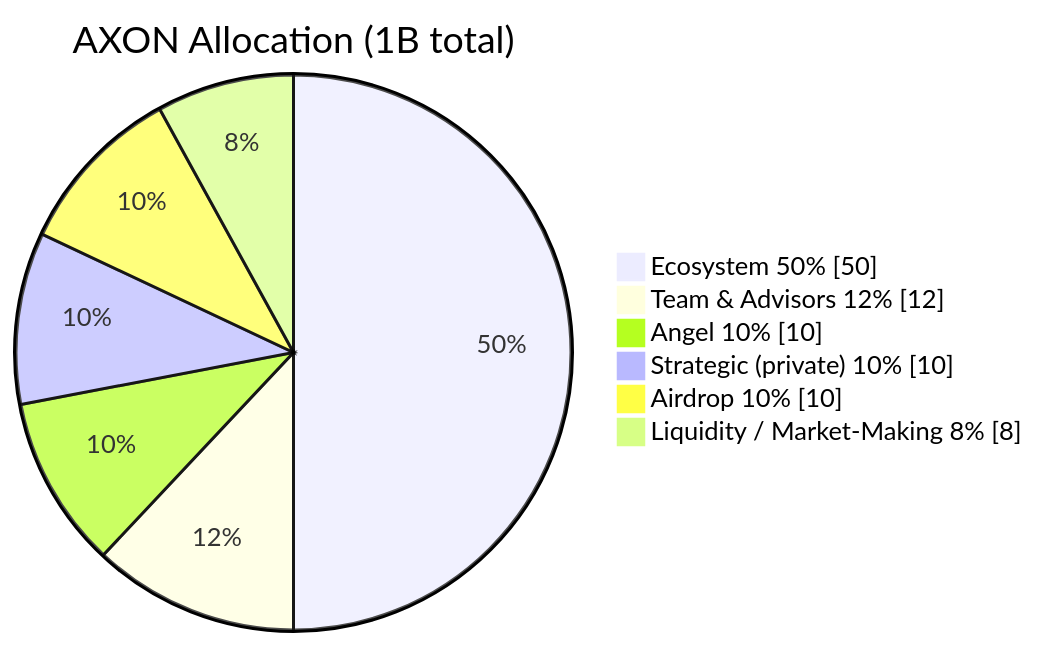
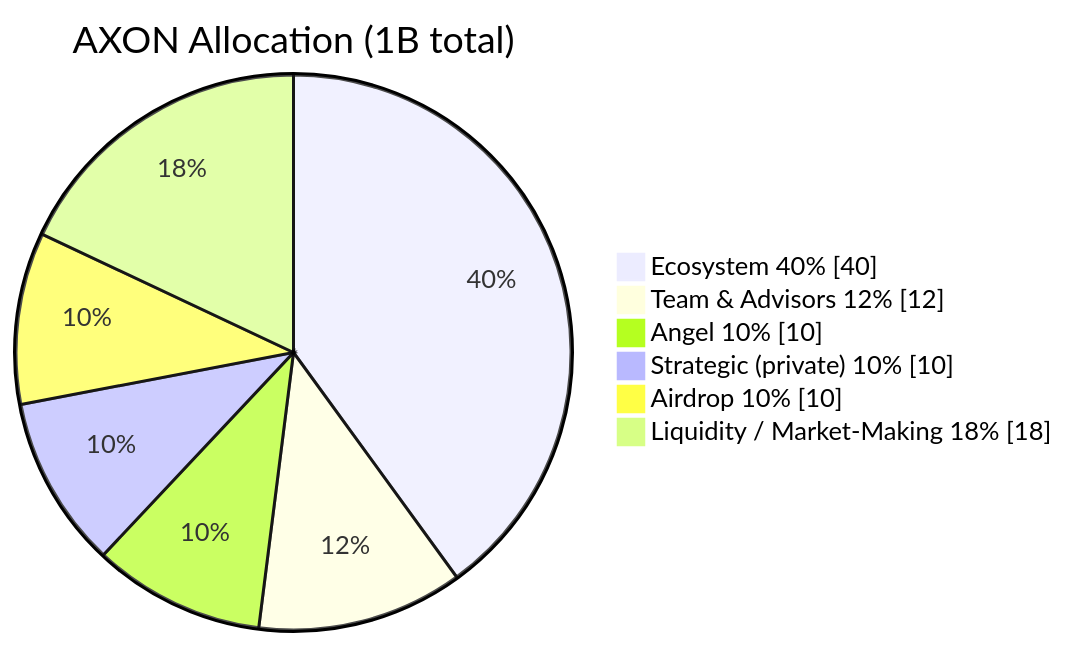
The diagram in en/part7-tokenomics/7-1-supply-allocation.md (AIVIVEHQ/axon-whitepaper), drawn with Mermaid before and after one commit. The commit also changed other lines of this file and 9 other files, not shown here.

````diff
--- a/en/part7-tokenomics/7-1-supply-allocation.md
+++ b/en/part7-tokenomics/7-1-supply-allocation.md
@@ -32,10 +31,10 @@
 ```mermaid
 pie showData
     title AXON Allocation (1B total)
-    "Ecosystem 50%" : 50
+    "Ecosystem 40%" : 40
     "Team & Advisors 12%" : 12
     "Angel 10%" : 10
     "Strategic (private) 10%" : 10
     "Airdrop 10%" : 10
-    "Liquidity / Market-Making 8%" : 8
+    "Liquidity / Market-Making 18%" : 18
 ```
````
